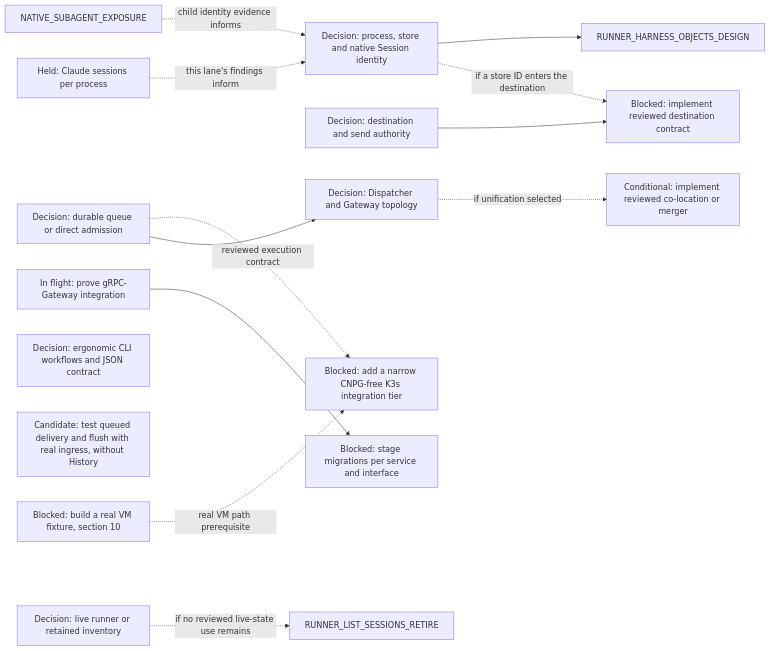
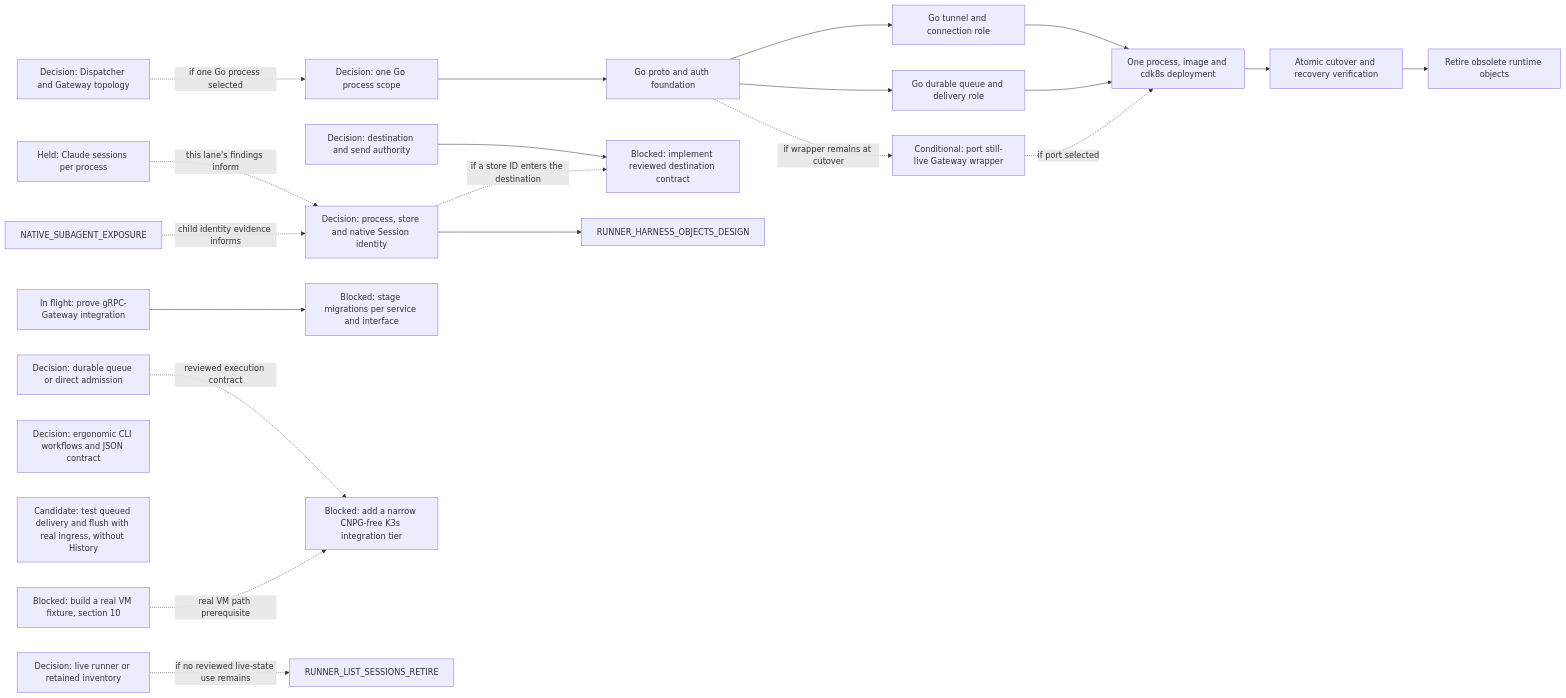
Diagram 17 of 17 in agentplane/plans/task_dag.md (agentydragon/ducktape), drawn with Mermaid before and after one commit. The commit also changed other lines of this file and 1 other file, not shown here.

Commit message:
docs(agentplane): plan unified Go delivery service cutover

````diff
--- a/agentplane/plans/task_dag.md
+++ b/agentplane/plans/task_dag.md
@@ -1492,28 +1492,43 @@
 ```mermaid
 flowchart LR
     DISPATCHER_PERSISTENCE_MODEL_DESIGN[Decision: durable queue or direct admission]
     DISPATCHER_GATEWAY_TOPOLOGY_DESIGN[Decision: Dispatcher and Gateway topology]
-    DISPATCHER_GATEWAY_UNIFY[Conditional: implement reviewed co-location or merger]
+    DELIVERY_UNIFICATION_SCOPE_DECISION[Decision: one Go process scope]
+    DELIVERY_GO_PROTOCOL_AUTH[Go proto and auth foundation]
+    DELIVERY_GO_GATEWAY[Go tunnel and connection role]
+    DELIVERY_GO_DISPATCHER[Go durable queue and delivery role]
+    DELIVERY_GO_LEGACY_WRAPPER[Conditional: port still-live Gateway wrapper]
+    DELIVERY_GO_INTEGRATION[One process, image and cdk8s deployment]
+    DELIVERY_UNIFIED_CUTOVER[Atomic cutover and recovery verification]
+    DELIVERY_OLD_RUNTIME_RETIRE[Retire obsolete runtime objects]
     RUNNER_INVENTORY_AUTHORITY_DESIGN[Decision: live runner or retained inventory]
     DELIVERY_DESTINATION_AUTHORITY_DESIGN[Decision: destination and send authority]
     DELIVERY_DESTINATION_CONTRACT[Blocked: implement reviewed destination contract]
     CLAUDE_STREAM_SESSION_MULTIPLEXING[Held: Claude sessions per process]
     HARNESS_IDENTITY_DESIGN[Decision: process, store and native Session identity]
     HTTP_JSON_FACADE_TOOLING_SPIKE[In flight: prove gRPC-Gateway integration]
     SERVICE_API_TRANSPORT_MIGRATIONS[Blocked: stage migrations per service and interface]
     AGENT_API_TOOLING_DESIGN[Decision: ergonomic CLI workflows and JSON contract]
     RUNNER_DELIVERY_INGRESS_ACCEPTANCE[Candidate: test queued delivery and flush with real ingress, without History]
     CNPG_FREE_K3S_INTEGRATION_TIER[Blocked: add a narrow CNPG-free K3s integration tier]
     K3S_VM_IMAGE[Blocked: build a real VM fixture, section 10]
-    DISPATCHER_PERSISTENCE_MODEL_DESIGN --> DISPATCHER_GATEWAY_TOPOLOGY_DESIGN
-    DISPATCHER_GATEWAY_TOPOLOGY_DESIGN -. if unification selected .-> DISPATCHER_GATEWAY_UNIFY
+    DISPATCHER_GATEWAY_TOPOLOGY_DESIGN -. if one Go process selected .-> DELIVERY_UNIFICATION_SCOPE_DECISION
+    DELIVERY_UNIFICATION_SCOPE_DECISION --> DELIVERY_GO_PROTOCOL_AUTH
+    DELIVERY_GO_PROTOCOL_AUTH --> DELIVERY_GO_GATEWAY
+    DELIVERY_GO_PROTOCOL_AUTH --> DELIVERY_GO_DISPATCHER
+    DELIVERY_GO_PROTOCOL_AUTH -. if wrapper remains at cutover .-> DELIVERY_GO_LEGACY_WRAPPER
+    DELIVERY_GO_GATEWAY --> DELIVERY_GO_INTEGRATION
+    DELIVERY_GO_DISPATCHER --> DELIVERY_GO_INTEGRATION
+    DELIVERY_GO_LEGACY_WRAPPER -. if port selected .-> DELIVERY_GO_INTEGRATION
+    DELIVERY_GO_INTEGRATION --> DELIVERY_UNIFIED_CUTOVER
+    DELIVERY_UNIFIED_CUTOVER --> DELIVERY_OLD_RUNTIME_RETIRE
     RUNNER_INVENTORY_AUTHORITY_DESIGN -. if no reviewed live-state use remains .-> RUNNER_LIST_SESSIONS_RETIRE
     DELIVERY_DESTINATION_AUTHORITY_DESIGN --> DELIVERY_DESTINATION_CONTRACT
     HARNESS_IDENTITY_DESIGN -. if a store ID enters the destination .-> DELIVERY_DESTINATION_CONTRACT
     CLAUDE_STREAM_SESSION_MULTIPLEXING -. this lane's findings inform .-> HARNESS_IDENTITY_DESIGN
     NATIVE_SUBAGENT_EXPOSURE -. child identity evidence informs .-> HARNESS_IDENTITY_DESIGN
     HARNESS_IDENTITY_DESIGN --> RUNNER_HARNESS_OBJECTS_DESIGN
     HTTP_JSON_FACADE_TOOLING_SPIKE --> SERVICE_API_TRANSPORT_MIGRATIONS
     DISPATCHER_PERSISTENCE_MODEL_DESIGN -. reviewed execution contract .-> CNPG_FREE_K3S_INTEGRATION_TIER
     K3S_VM_IMAGE -. real VM path prerequisite .-> CNPG_FREE_K3S_INTEGRATION_TIER
 ```
````
